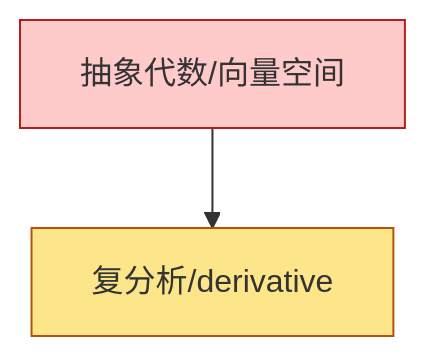
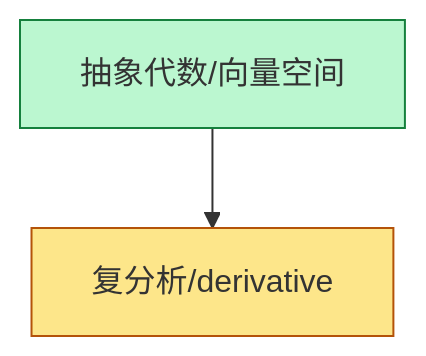
One commit to zeroDtree/zeroDtree.github.io changed the diagram in content/复分析/dependency_graph.md. Above: the diagram before and after it, drawn with Mermaid. The commit also changed 22 other files, not shown here.

````diff
--- a/content/复分析/dependency_graph.md
+++ b/content/复分析/dependency_graph.md
@@ -1,10 +1,8 @@
 ```mermaid
 graph TD
 1["抽象代数/向量空间"] --> 0["复分析/derivative"]
 classDef leaf fill:#fde68a,stroke:#b45309
 class 0 leaf
-classDef root fill:#bfdbfe,stroke:#1d4ed8
-class 2 root
-classDef externalRoot fill:#fecaca,stroke:#b91c1c
-class 1 externalRoot
+classDef foundationRoot fill:#bbf7d0,stroke:#15803d
+class 1 foundationRoot
 ```
````
